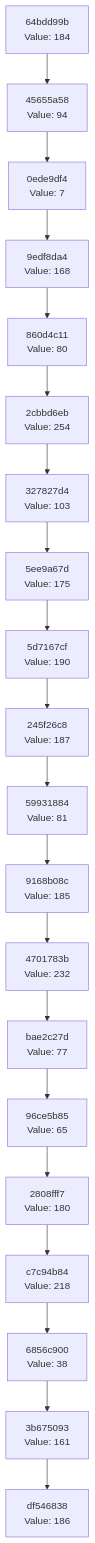
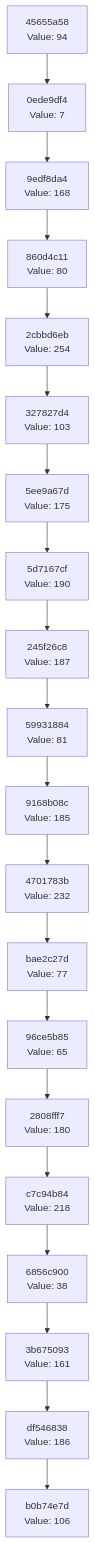
One commit to Abhisheksinha1506/hash-chain-evolver changed the diagram in docs/CHAIN_VISUALIZATION.md. Above: the diagram before and after it, drawn with Mermaid. The commit also changed 2 other files, not shown here.

Commit message:
Evolution step: hash 0x6A → action executed

````diff
--- a/docs/CHAIN_VISUALIZATION.md
+++ b/docs/CHAIN_VISUALIZATION.md
@@ -3,42 +3,42 @@
 ```mermaid
 graph TD
-    C0["df546838<br/>Value: 186"]
-    C1["3b675093<br/>Value: 161"]
+    C0["b0b74e7d<br/>Value: 106"]
+    C1["df546838<br/>Value: 186"]
     C1 --> C0
-    C2["6856c900<br/>Value: 38"]
+    C2["3b675093<br/>Value: 161"]
     C2 --> C1
-    C3["c7c94b84<br/>Value: 218"]
+    C3["6856c900<br/>Value: 38"]
     C3 --> C2
-    C4["2808fff7<br/>Value: 180"]
+    C4["c7c94b84<br/>Value: 218"]
     C4 --> C3
-    C5["96ce5b85<br/>Value: 65"]
+    C5["2808fff7<br/>Value: 180"]
     C5 --> C4
-    C6["bae2c27d<br/>Value: 77"]
+    C6["96ce5b85<br/>Value: 65"]
     C6 --> C5
-    C7["4701783b<br/>Value: 232"]
+    C7["bae2c27d<br/>Value: 77"]
     C7 --> C6
-    C8["9168b08c<br/>Value: 185"]
+    C8["4701783b<br/>Value: 232"]
     C8 --> C7
-    C9["59931884<br/>Value: 81"]
+    C9["9168b08c<br/>Value: 185"]
     C9 --> C8
-    C10["245f26c8<br/>Value: 187"]
+    C10["59931884<br/>Value: 81"]
     C10 --> C9
-    C11["5d7167cf<br/>Value: 190"]
+    C11["245f26c8<br/>Value: 187"]
     C11 --> C10
-    C12["5ee9a67d<br/>Value: 175"]
+    C12["5d7167cf<br/>Value: 190"]
     C12 --> C11
-    C13["327827d4<br/>Value: 103"]
+    C13["5ee9a67d<br/>Value: 175"]
     C13 --> C12
-    C14["2cbbd6eb<br/>Value: 254"]
+    C14["327827d4<br/>Value: 103"]
     C14 --> C13
-    C15["860d4c11<br/>Value: 80"]
+    C15["2cbbd6eb<br/>Value: 254"]
     C15 --> C14
-    C16["9edf8da4<br/>Value: 168"]
+    C16["860d4c11<br/>Value: 80"]
     C16 --> C15
-    C17["0ede9df4<br/>Value: 7"]
+    C17["9edf8da4<br/>Value: 168"]
     C17 --> C16
-    C18["45655a58<br/>Value: 94"]
+    C18["0ede9df4<br/>Value: 7"]
     C18 --> C17
-    C19["64bdd99b<br/>Value: 184"]
+    C19["45655a58<br/>Value: 94"]
     C19 --> C18
 ```
````
